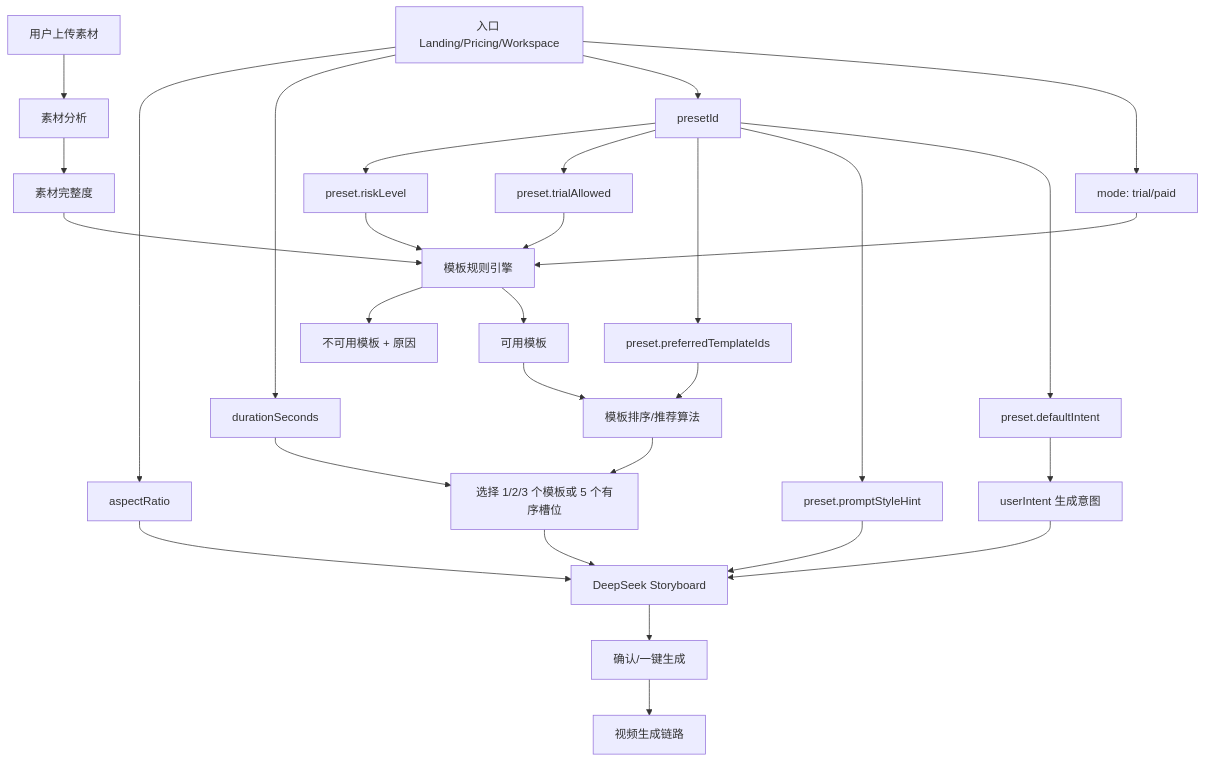
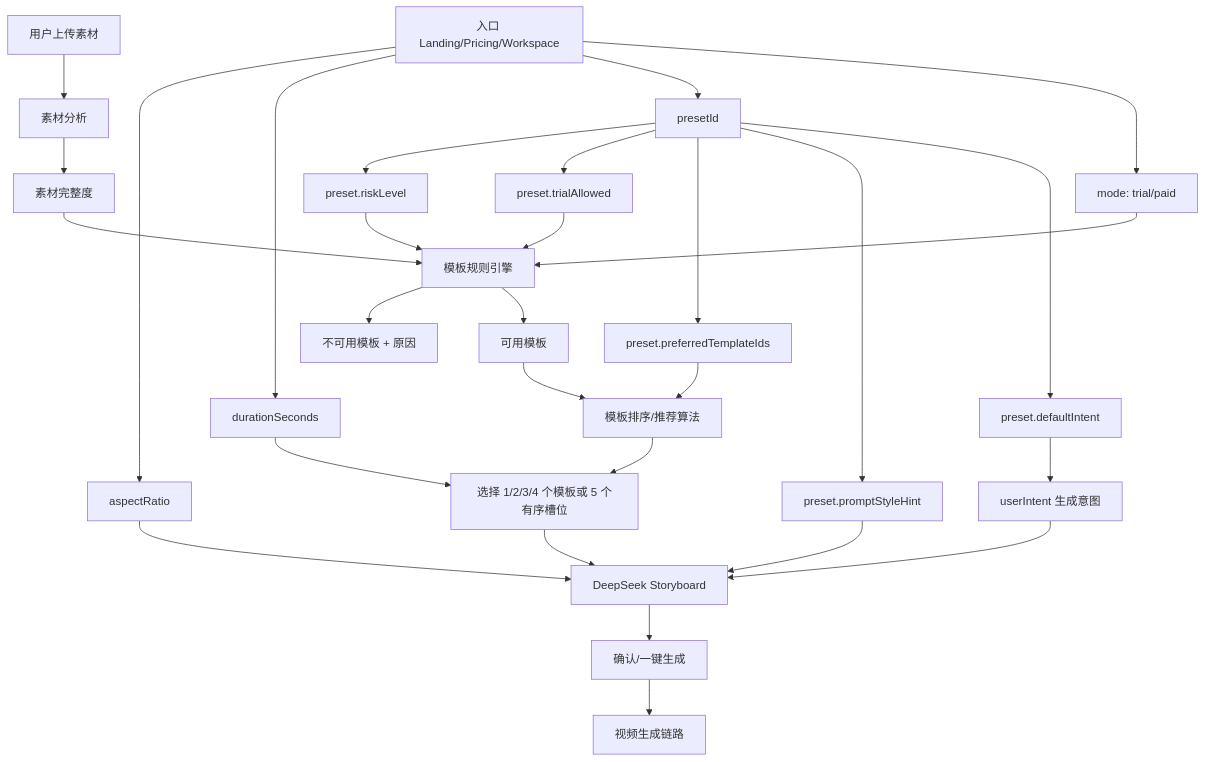
The diagram in docs/STYLE_PRESET_DESIGN.md (Hamer-2014/A_AIClothesVideo), drawn with Mermaid before and after one commit. The commit also changed other lines of this file and 28 other files, not shown here.

````diff
--- a/docs/STYLE_PRESET_DESIGN.md
+++ b/docs/STYLE_PRESET_DESIGN.md
@@ -141,38 +141,38 @@
 ```mermaid
 flowchart TD
   Entry[入口 Landing/Pricing/Workspace] --> Mode[mode: trial/paid]
   Entry --> Preset[presetId]
   Entry --> Duration[durationSeconds]
   Entry --> Ratio[aspectRatio]
 
   Preset --> DefaultIntent[preset.defaultIntent]
   Preset --> StyleHint[preset.promptStyleHint]
   Preset --> Preferred[preset.preferredTemplateIds]
   Preset --> TrialPolicy[preset.trialAllowed]
   Preset --> RiskPolicy[preset.riskLevel]
 
   DefaultIntent --> UserIntent[userIntent 生成意图]
   StyleHint --> Storyboard[DeepSeek Storyboard]
   UserIntent --> Storyboard
   Ratio --> Storyboard
 
   Assets[用户上传素材] --> Analysis[素材分析]
   Analysis --> Completeness[素材完整度]
 
   Completeness --> TemplateRules[模板规则引擎]
   Mode --> TemplateRules
   TrialPolicy --> TemplateRules
   RiskPolicy --> TemplateRules
 
   TemplateRules --> Available[可用模板]
   TemplateRules --> Unavailable[不可用模板 + 原因]
 
   Preferred --> Ranking[模板排序/推荐算法]
   Available --> Ranking
-  Duration --> AutoSelect[选择 1/2/3 个模板或 5 个有序槽位]
+  Duration --> AutoSelect[选择 1/2/3/4 个模板或 5 个有序槽位]
   Ranking --> AutoSelect
 
   AutoSelect --> Storyboard
   Storyboard --> Confirm[确认/一键生成]
   Confirm --> Generation[视频生成链路]
 ```
````
